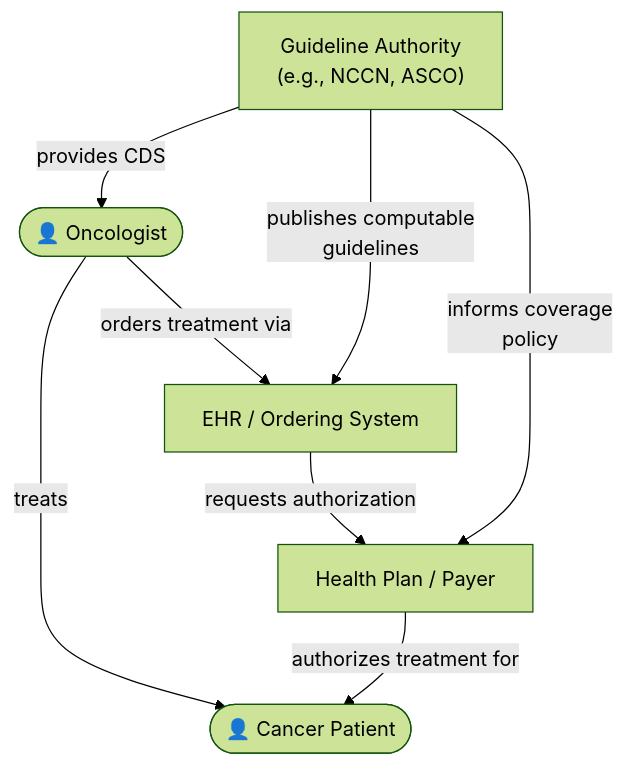
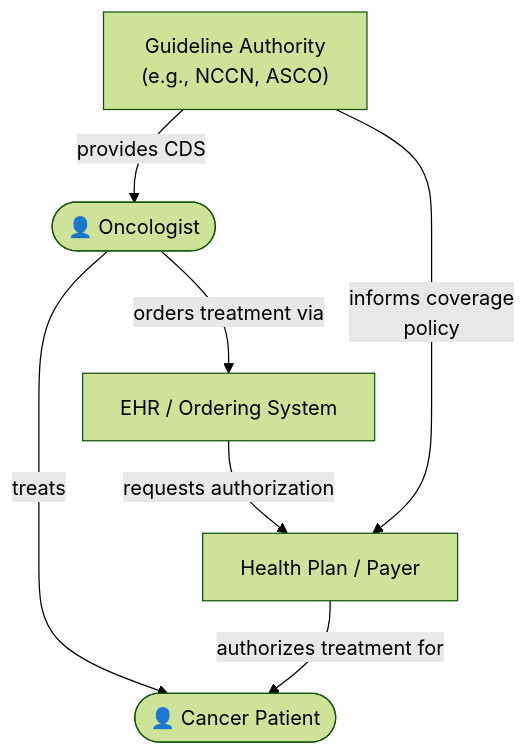
One commit to reason-healthcare/hl7-codex-ocpa changed the diagram in input/pagecontent/index.md. Above: the diagram before and after it, drawn with Mermaid (forest theme). The commit also changed other lines of this file and 5 other files, not shown here.

````diff
--- a/input/pagecontent/index.md
+++ b/input/pagecontent/index.md
@@ -56,16 +56,15 @@
 ```mermaid
 flowchart TD
   Clinician(["👤 Oncologist"])
   Patient(["👤 Cancer Patient"])
   Payer["Health Plan / Payer"]
   EHR["EHR / Ordering System"]
   GA["Guideline Authority<br>(e.g., NCCN, ASCO)"]
 
   Clinician -- "treats" --> Patient
   Clinician -- "orders treatment via" --> EHR
   EHR -- "requests authorization" --> Payer
   Payer -- "authorizes treatment for" --> Patient
-  GA -- "publishes computable<br>guidelines" --> EHR
   GA -- "informs coverage<br>policy" --> Payer
   GA -- "provides CDS" --> Clinician
 ```
````
